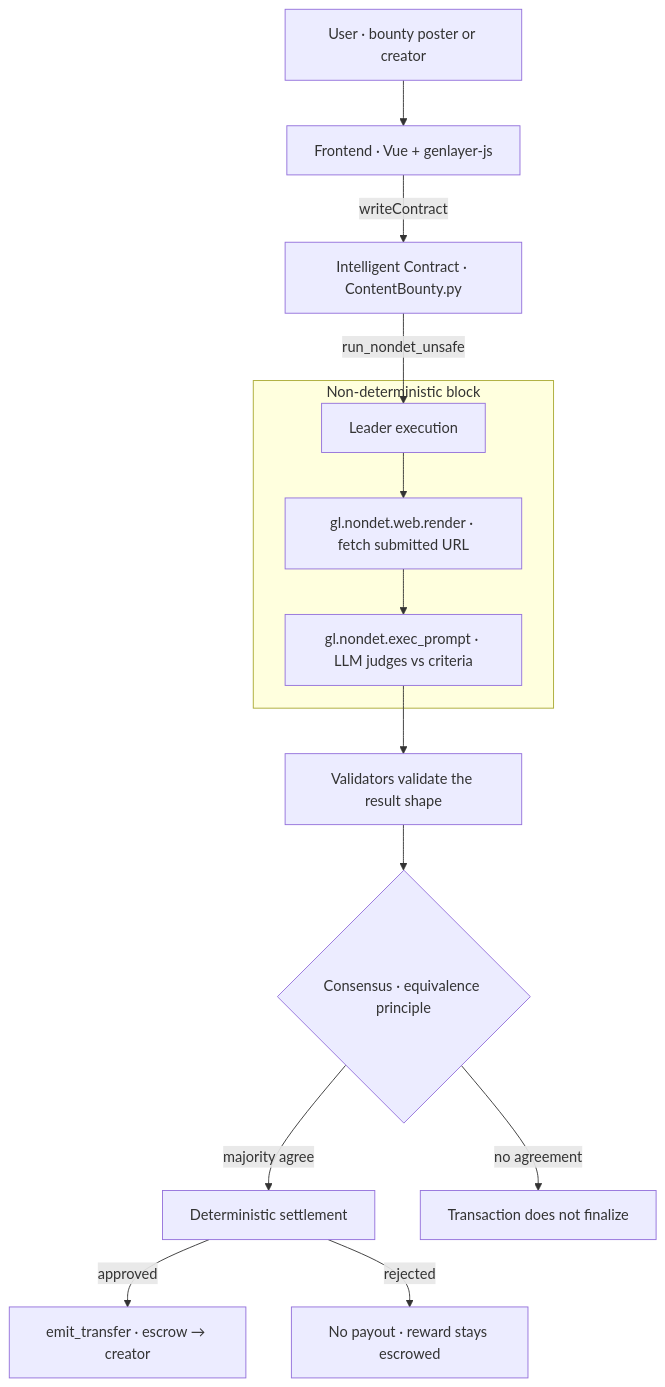
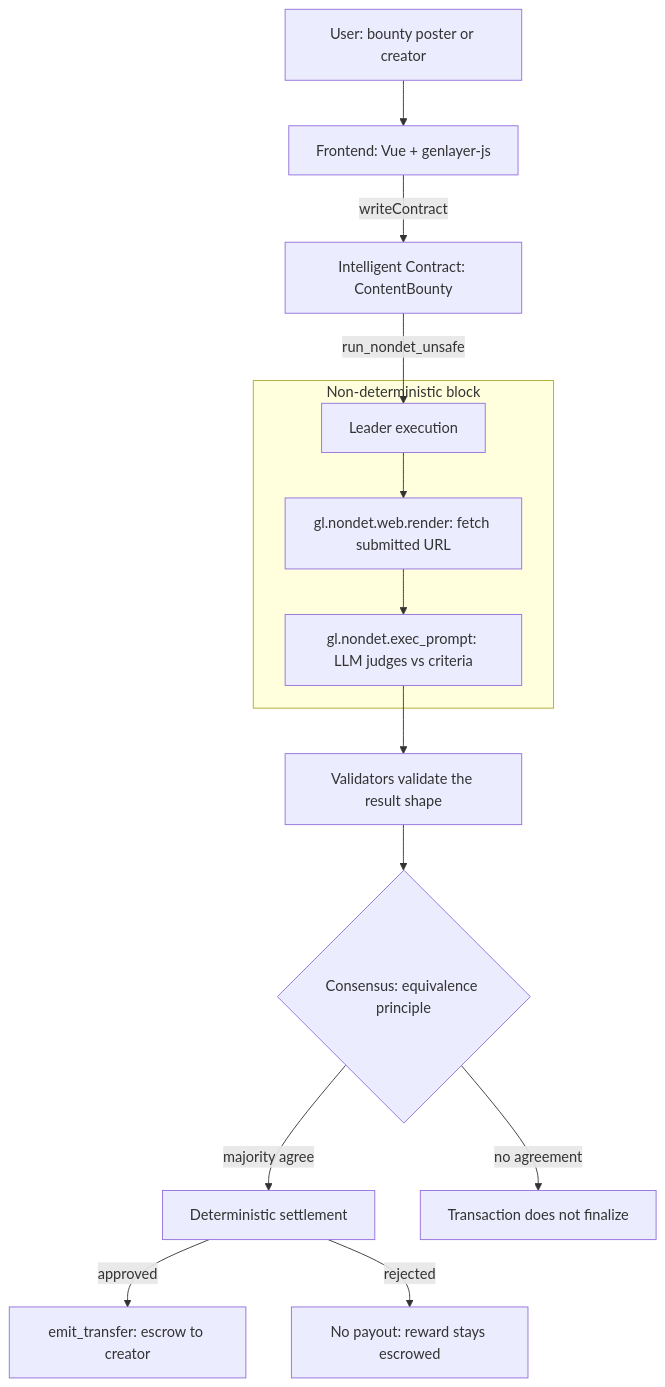
Before and after one commit to unifyWeb3/contentbounty: the diagram in README.md, drawn with Mermaid. The commit also changed other lines of this file, not shown here.

Commit message:
docs: harden README badges and Mermaid diagram for reliable rendering

````diff
--- a/README.md
+++ b/README.md
@@ -97,16 +98,16 @@
 ```mermaid
 flowchart TD
-    U[User · bounty poster or creator] --> FE[Frontend · Vue + genlayer-js]
-    FE -->|writeContract| IC[Intelligent Contract · ContentBounty.py]
+    U[User: bounty poster or creator] --> FE[Frontend: Vue + genlayer-js]
+    FE -->|writeContract| IC[Intelligent Contract: ContentBounty]
     IC -->|run_nondet_unsafe| L[Leader execution]
-    subgraph ND[Non-deterministic block]
-      L --> W[gl.nondet.web.render · fetch submitted URL]
-      W --> M[gl.nondet.exec_prompt · LLM judges vs criteria]
+    subgraph ND [Non-deterministic block]
+      L --> W[gl.nondet.web.render: fetch submitted URL]
+      W --> M[gl.nondet.exec_prompt: LLM judges vs criteria]
     end
     M --> V[Validators validate the result shape]
-    V --> C{Consensus · equivalence principle}
+    V --> C{Consensus: equivalence principle}
     C -->|majority agree| S[Deterministic settlement]
-    S -->|approved| P[emit_transfer · escrow → creator]
-    S -->|rejected| K[No payout · reward stays escrowed]
+    S -->|approved| P[emit_transfer: escrow to creator]
+    S -->|rejected| K[No payout: reward stays escrowed]
     C -->|no agreement| R[Transaction does not finalize]
 ```
````
